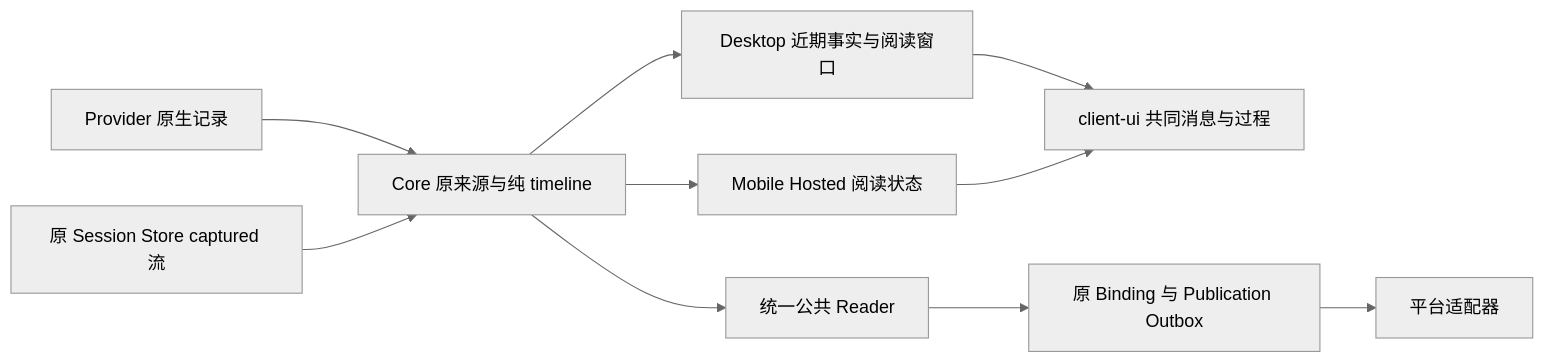
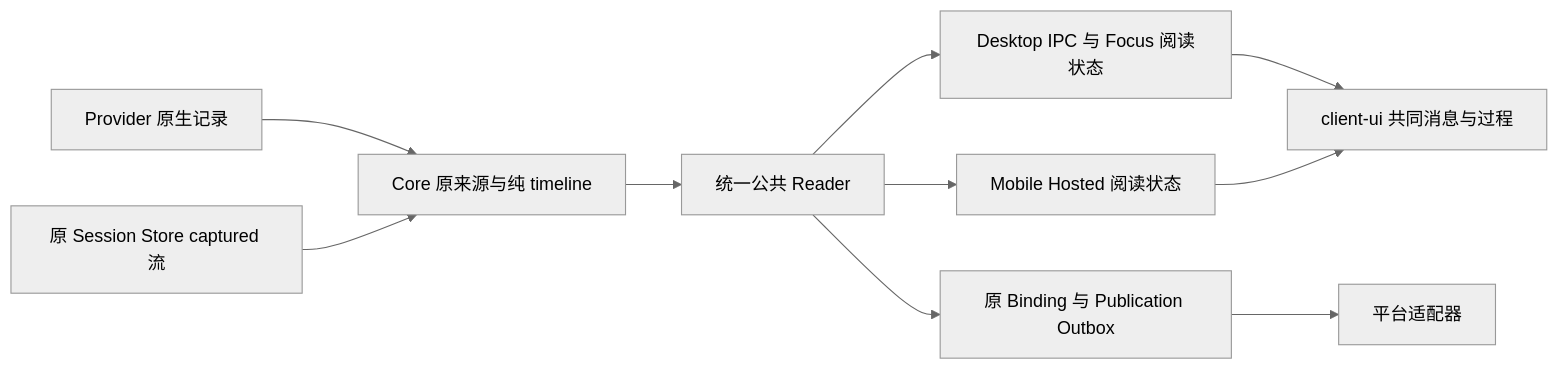
One commit to bagakit/agentmux changed the diagram in docs/architecture/conversation.md. Above: the diagram before and after it, drawn with Mermaid (neutral theme). The commit also changed other lines of this file and 2 other files, not shown here.

````diff
--- a/docs/architecture/conversation.md
+++ b/docs/architecture/conversation.md
@@ -44,12 +44,12 @@
 ```mermaid
 flowchart LR
   Provider[Provider 原生记录] --> Core[Core 原来源与纯 timeline]
   Captured[原 Session Store captured 流] --> Core
-  Core --> Window[Desktop 近期事实与阅读窗口]
-  Core --> Mobile[Mobile Hosted 阅读状态]
   Core --> Public[统一公共 Reader]
+  Public --> Window[Desktop IPC 与 Focus 阅读状态]
+  Public --> Mobile[Mobile Hosted 阅读状态]
   Window --> Shared[client-ui 共同消息与过程]
   Mobile --> Shared
   Public --> Publication[原 Binding 与 Publication Outbox]
   Publication --> Adapter[平台适配器]
 ```
````
